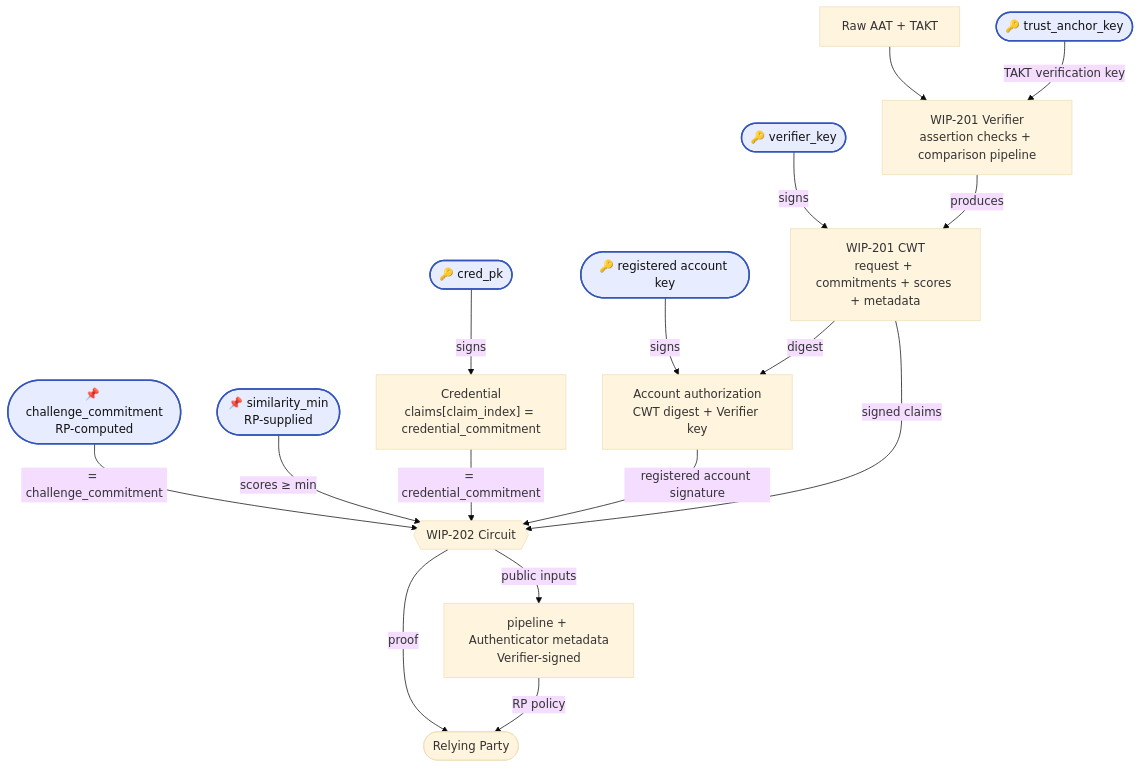
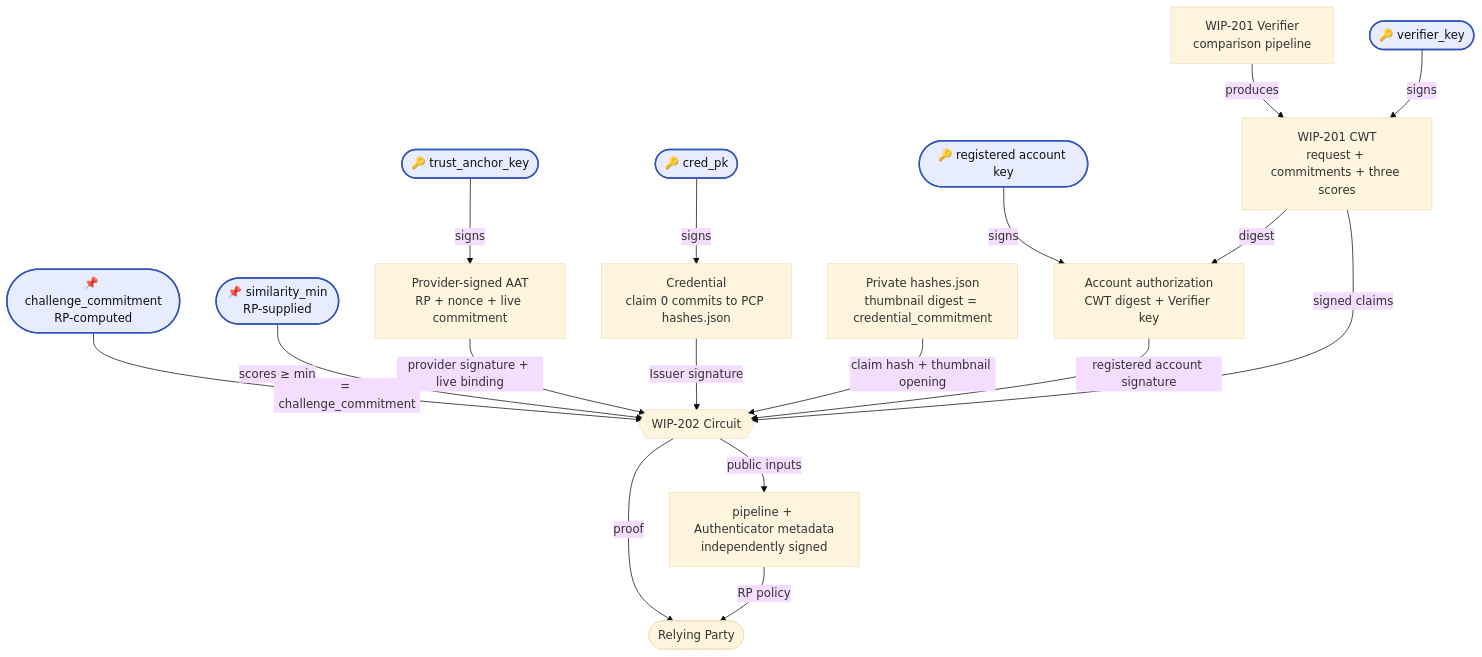
One commit to worldcoin/world-id-protocol changed the diagram in docs/WIPs/wip-202.md. Above: the diagram before and after it, drawn with Mermaid (base theme). The commit also changed other lines of this file and 1 other file, not shown here.

````diff
--- a/docs/WIPs/wip-202.md
+++ b/docs/WIPs/wip-202.md
@@ -189,39 +214,41 @@
 ```mermaid
 flowchart TB
   TAK(["🔑 trust_anchor_key"]):::anchor
   ISS(["🔑 cred_pk"]):::anchor
   VK(["🔑 verifier_key"]):::anchor
   ACCOUNT(["🔑 registered account key"]):::anchor
   CH(["📌 challenge_commitment<br/>RP-computed"]):::anchor
   MIN(["📌 similarity_min<br/>RP-supplied"]):::anchor
-  META["pipeline + Authenticator metadata<br/>Verifier-signed"]
+  META["pipeline + Authenticator metadata<br/>independently signed"]
 
-  ASSERTIONS["Raw AAT + TAKT"]
-  TEE["WIP-201 Verifier<br/>assertion checks + comparison pipeline"]
-  CRED["Credential<br/>claims[claim_index] = credential_commitment"]
-  CWT["WIP-201 CWT<br/>request + commitments + scores + metadata"]
+  AAT["Provider-signed AAT<br/>RP + nonce + live commitment"]
+  TEE["WIP-201 Verifier<br/>comparison pipeline"]
+  CRED["Credential<br/>claim 0 commits to PCP hashes.json"]
+  PCP["Private hashes.json<br/>thumbnail digest = credential_commitment"]
+  CWT["WIP-201 CWT<br/>request + commitments + three scores"]
   AUTH["Account authorization<br/>CWT digest + Verifier key"]
 
   CIRCUIT{{"WIP-202 Circuit"}}
   RP(["Relying Party"])
 
-  ASSERTIONS --> TEE
-  TAK -->|"TAKT verification key"| TEE
+  TAK -->|signs| AAT
+  AAT -->|"provider signature + live binding"| CIRCUIT
   TEE -->|produces| CWT
   ISS -->|signs| CRED
   VK -->|signs| CWT
   CWT -->|digest| AUTH
   ACCOUNT -->|signs| AUTH
 
-  CRED -->|"= credential_commitment"| CIRCUIT
+  CRED -->|"Issuer signature"| CIRCUIT
+  PCP -->|"claim hash + thumbnail opening"| CIRCUIT
   AUTH -->|"registered account signature"| CIRCUIT
   CH -->|"= challenge_commitment"| CIRCUIT
   MIN -->|"scores ≥ min"| CIRCUIT
   CWT -->|"signed claims"| CIRCUIT
 
   CIRCUIT -->|proof| RP
   CIRCUIT -->|"public inputs"| META
   META -->|"RP policy"| RP
 
   classDef anchor fill:#e8ecff,stroke:#3355bb,color:#111,stroke-width:2px;
 ```
````
